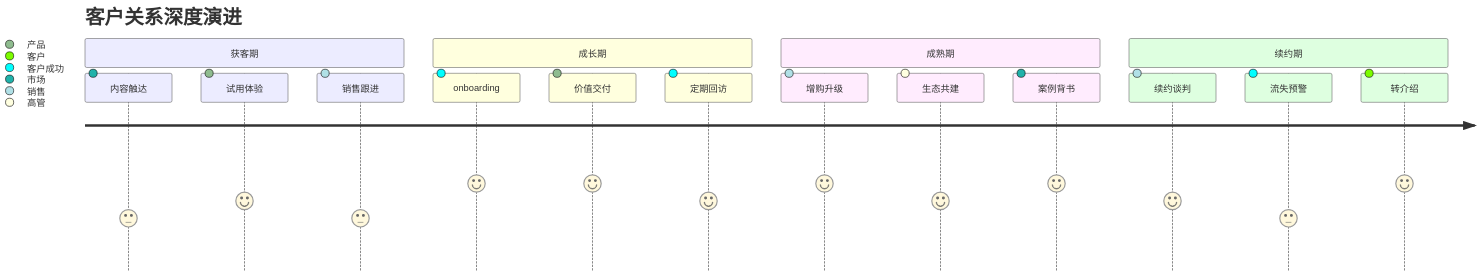
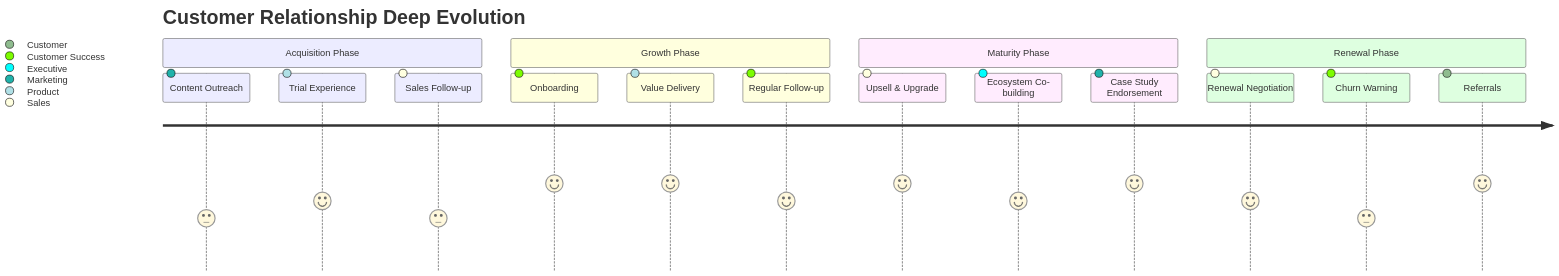
One commit to Kirky-X/cangjie changed the fifth of 15 diagrams in templates/【模板】商业模式文档.md. Above: the diagram before and after it, drawn with Mermaid. The commit also changed other lines of this file and 60 other files, not shown here.

````diff
--- a/templates/【模板】商业模式文档.md
+++ b/templates/【模板】商业模式文档.md
@@ -186,20 +186,20 @@
 ```mermaid
 journey
-    title 客户关系深度演进
-    section 获客期
-      内容触达: 3: 市场
-      试用体验: 4: 产品
-      销售跟进: 3: 销售
-    section 成长期
-       onboarding: 5: 客户成功
-      价值交付: 5: 产品
-      定期回访: 4: 客户成功
-    section 成熟期
-      增购升级: 5: 销售
-      生态共建: 4: 高管
-      案例背书: 5: 市场
-    section 续约期
-      续约谈判: 4: 销售
-      流失预警: 3: 客户成功
-      转介绍: 5: 客户
+    title Customer Relationship Deep Evolution
+    section Acquisition Phase
+      Content Outreach: 3: Marketing
+      Trial Experience: 4: Product
+      Sales Follow-up: 3: Sales
+    section Growth Phase
+      Onboarding: 5: Customer Success
+      Value Delivery: 5: Product
+      Regular Follow-up: 4: Customer Success
+    section Maturity Phase
+      Upsell & Upgrade: 5: Sales
+      Ecosystem Co-building: 4: Executive
+      Case Study Endorsement: 5: Marketing
+    section Renewal Phase
+      Renewal Negotiation: 4: Sales
+      Churn Warning: 3: Customer Success
+      Referrals: 5: Customer
 ```
````
